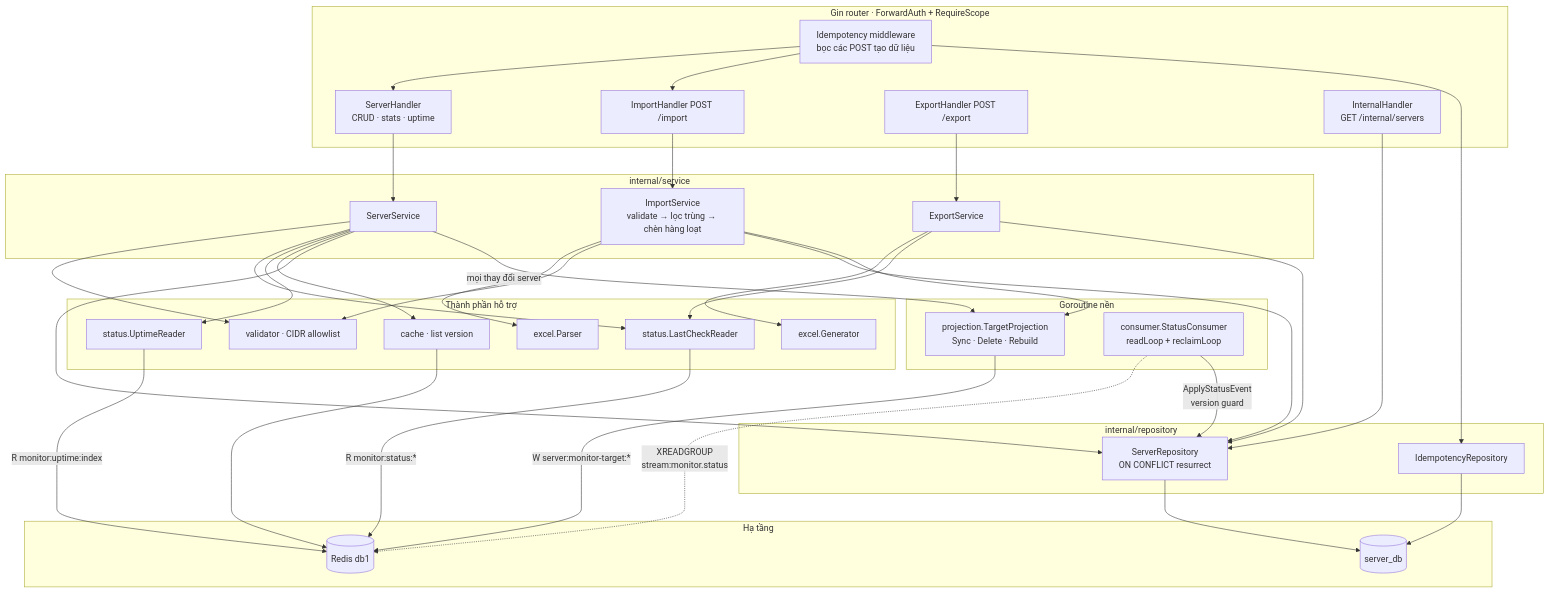
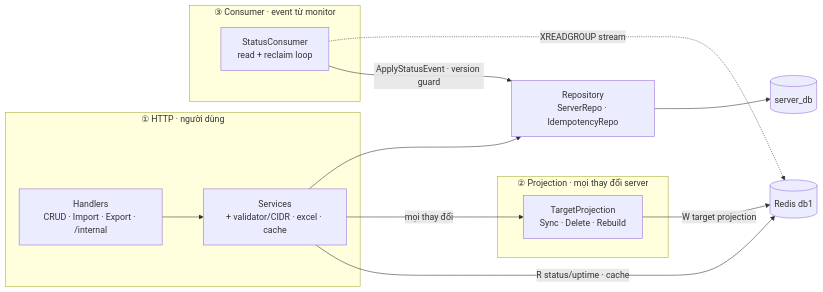
The second of 6 diagrams in .claude/diagrams/component-diagram.md (dwchwang/sms_microservice), drawn with Mermaid before and after one commit. The commit also changed other lines of this file and 4 other files, not shown here.

Commit message:
Refactor sequence diagrams and documentation for clarity and accuracy

````diff
--- a/.claude/diagrams/component-diagram.md
+++ b/.claude/diagrams/component-diagram.md
@@ -48,71 +50,27 @@
 ```mermaid
-graph TB
-    subgraph HTTP["Gin router · ForwardAuth + RequireScope"]
-        MW["Idempotency middleware<br/>bọc các POST tạo dữ liệu"]
-        H1["ServerHandler<br/>CRUD · stats · uptime"]
-        H2["ImportHandler POST /import"]
-        H3["ExportHandler POST /export"]
-        H4["InternalHandler<br/>GET /internal/servers"]
+graph LR
+    subgraph F1["① HTTP · người dùng"]
+        H["Handlers<br/>CRUD · Import · Export · /internal"]
+        S["Services<br/>+ validator/CIDR · excel · cache"]
+        H --> S
     end
 
-    subgraph SVC["internal/service"]
-        S1["ServerService"]
-        S2["ImportService<br/>validate → lọc trùng → chèn hàng loạt"]
-        S3["ExportService"]
+    subgraph F2["② Projection · mọi thay đổi server"]
+        PJ["TargetProjection<br/>Sync · Delete · Rebuild"]
     end
 
-    subgraph SUP["Thành phần hỗ trợ"]
-        V["validator · CIDR allowlist"]
-        XP["excel.Parser"]
-        XG["excel.Generator"]
-        LC["status.LastCheckReader"]
-        UR["status.UptimeReader"]
-        CA["cache · list version"]
+    subgraph F3["③ Consumer · event từ monitor"]
+        CS["StatusConsumer<br/>read + reclaim loop"]
     end
 
-    subgraph REPO["internal/repository"]
-        R1["ServerRepository<br/>ON CONFLICT resurrect"]
-        R2["IdempotencyRepository"]
-    end
+    R["Repository<br/>ServerRepo · IdempotencyRepo"]
+    PG[("server_db")]
+    RD[("Redis db1")]
 
-    subgraph BG["Goroutine nền"]
-        PJ["projection.TargetProjection<br/>Sync · Delete · Rebuild"]
-        CS["consumer.StatusConsumer<br/>readLoop + reclaimLoop"]
-    end
-
-    subgraph INFRA["Hạ tầng"]
-        PG[("server_db")]
-        RD[("Redis db1")]
-    end
-
-    MW --> H1
-    MW --> H2
-    H1 --> S1
-    H2 --> S2 --> XP
-    H3 --> S3 --> XG
-    H4 --> R1
-
-    S1 --> V
-    S2 --> V
-    S1 --> LC
-    S1 --> UR
-    S3 --> LC
-    S1 --> CA
-
-    S1 --> R1
-    S2 --> R1
-    S3 --> R1
-    MW --> R2
-    R1 --> PG
-    R2 --> PG
-
-    S1 -->|"mọi thay đổi server"| PJ
-    S2 --> PJ
-    PJ -->|"W server:monitor-target:*"| RD
-    LC -->|"R monitor:status:*"| RD
-    UR -->|"R monitor:uptime:index"| RD
-    CA --> RD
-
-    CS -.->|"XREADGROUP<br/>stream:monitor.status"| RD
-    CS -->|"ApplyStatusEvent<br/>version guard"| R1
+    S --> R --> PG
+    S -->|"mọi thay đổi"| PJ
+    PJ -->|"W target projection"| RD
+    S -->|"R status/uptime · cache"| RD
+    CS -. "XREADGROUP stream" .-> RD
+    CS -->|"ApplyStatusEvent · version guard"| R
 ```
````
